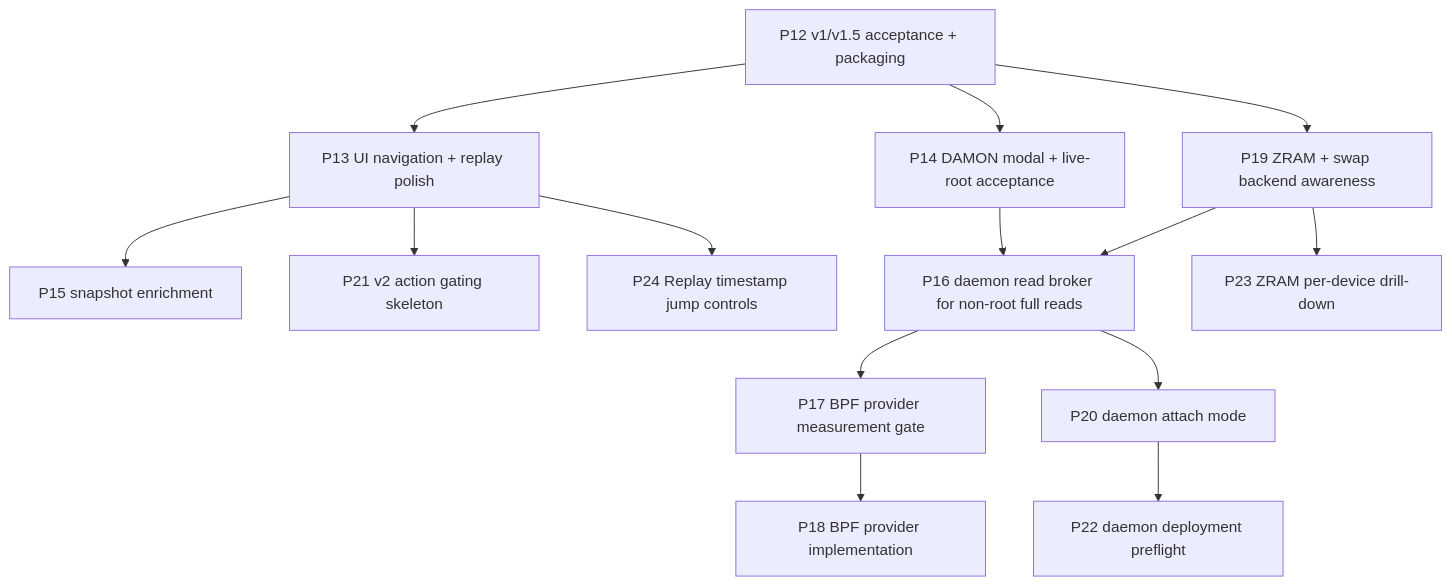
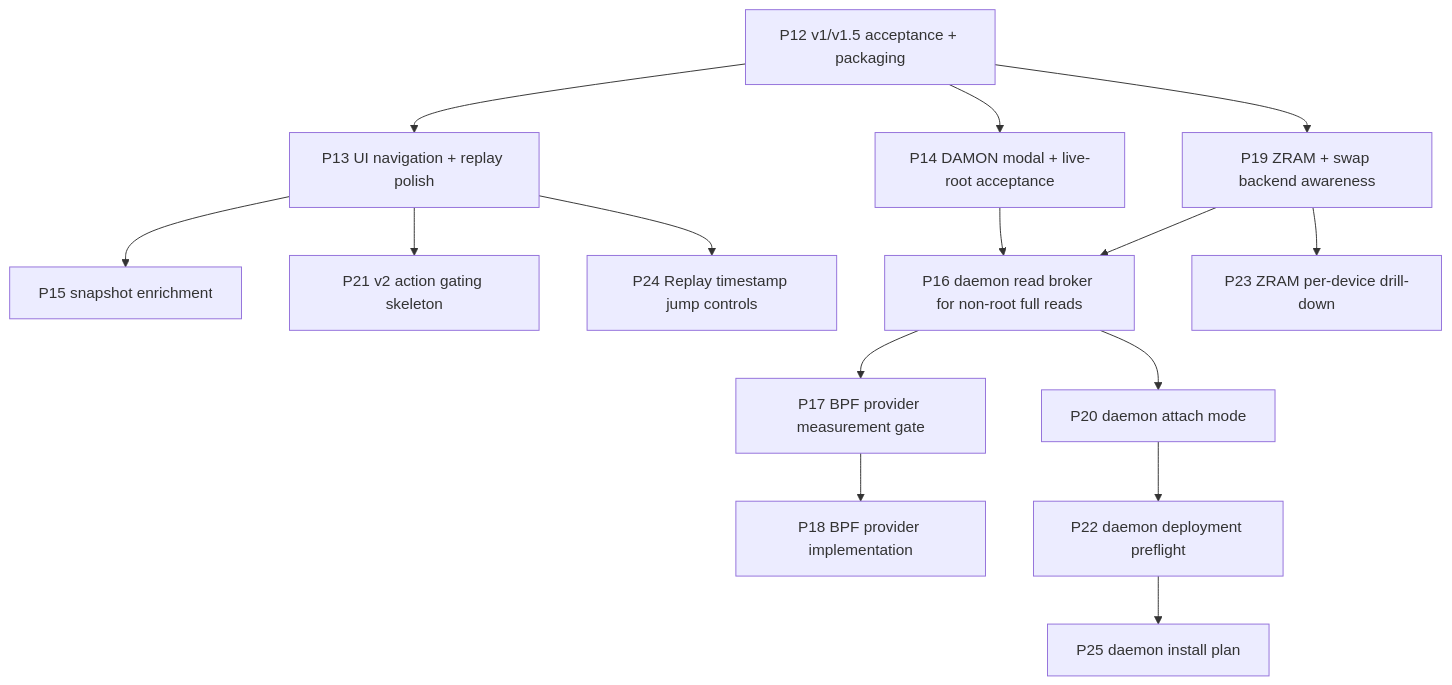
The diagram in groop/docs/ROADMAP.md (volkb79-2/vbpub), drawn with Mermaid before and after one commit. The commit also changed other lines of this file and 2 other files, not shown here.

Commit message:
docs(groop): carve P25 daemon install plan handoff

````diff
--- a/groop/docs/ROADMAP.md
+++ b/groop/docs/ROADMAP.md
@@ -27,16 +27,17 @@
 ```mermaid
 flowchart TD
     P12[P12 v1/v1.5 acceptance + packaging] --> P13[P13 UI navigation + replay polish]
     P12 --> P14[P14 DAMON modal + live-root acceptance]
     P13 --> P15[P15 snapshot enrichment]
     P12 --> P19[P19 ZRAM + swap backend awareness]
     P19 --> P16[P16 daemon read broker for non-root full reads]
     P14 --> P16
     P16 --> P17[P17 BPF provider measurement gate]
     P17 --> P18[P18 BPF provider implementation]
     P16 --> P20[P20 daemon attach mode]
     P20 --> P22[P22 daemon deployment preflight]
+    P22 --> P25[P25 daemon install plan]
     P13 --> P21[P21 v2 action gating skeleton]
     P19 --> P23[P23 ZRAM per-device drill-down]
     P13 --> P24[P24 Replay timestamp jump controls]
 ```
````
